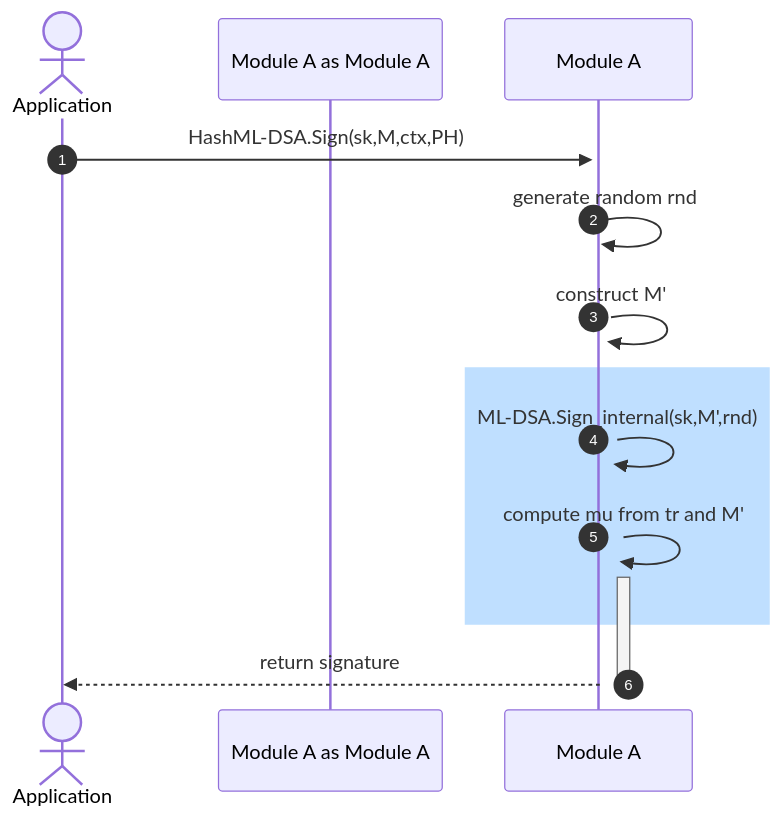
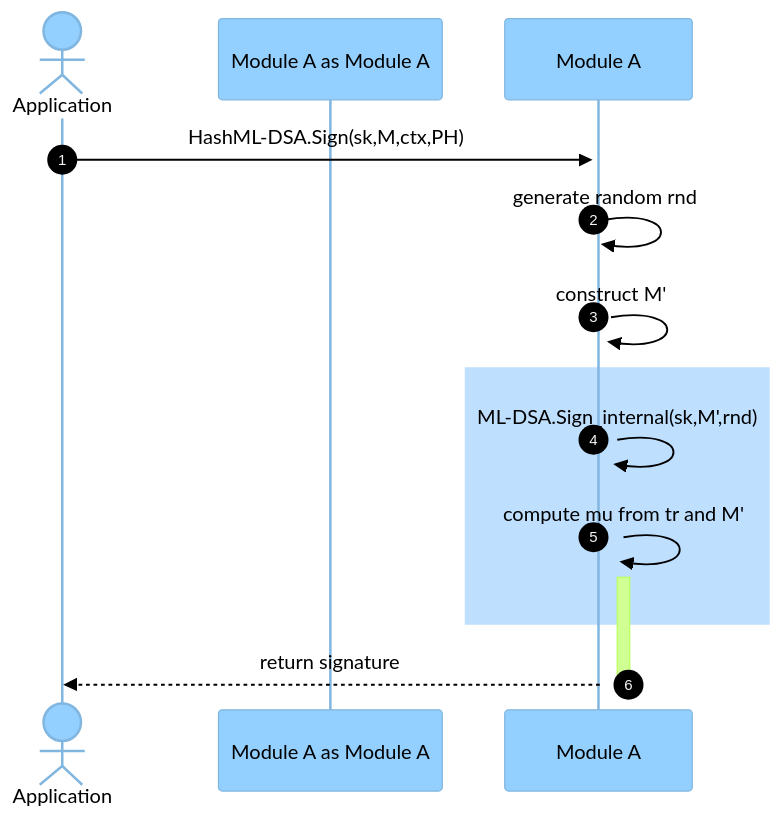
One commit to cryptsoft/tjh changed the second of 5 diagrams in ml-dsa-external-mu.md. Above: the diagram before and after it, drawn with Mermaid. The commit also changed other lines of this file, not shown here.

````diff
--- a/ml-dsa-external-mu.md
+++ b/ml-dsa-external-mu.md
@@ -31,16 +40,25 @@
 ```mermaid
+%%{
+  init: {
+    'theme': 'base',
+    'themeVariables': {
+      'primaryColor': '#93D0FF',
+      'primaryTextColor': '#000'
+    }
+  }
+}%%
 sequenceDiagram
   %% FIPS204 ML-DSA
   autonumber
   actor Application
   participant Module A as Module A
   
   Application->>+Module A: HashML-DSA.Sign(sk,M,ctx,PH)
   Module A->>+Module A: generate random rnd
   Module A->>+Module A: construct M'
   rect rgb(191,223,255)
     Module A->>+Module A: ML-DSA.Sign_internal(sk,M',rnd)
     Module A->>+Module A: compute mu from tr and M'
   end
   Module A-->>-Application: return signature
 ```  
````
